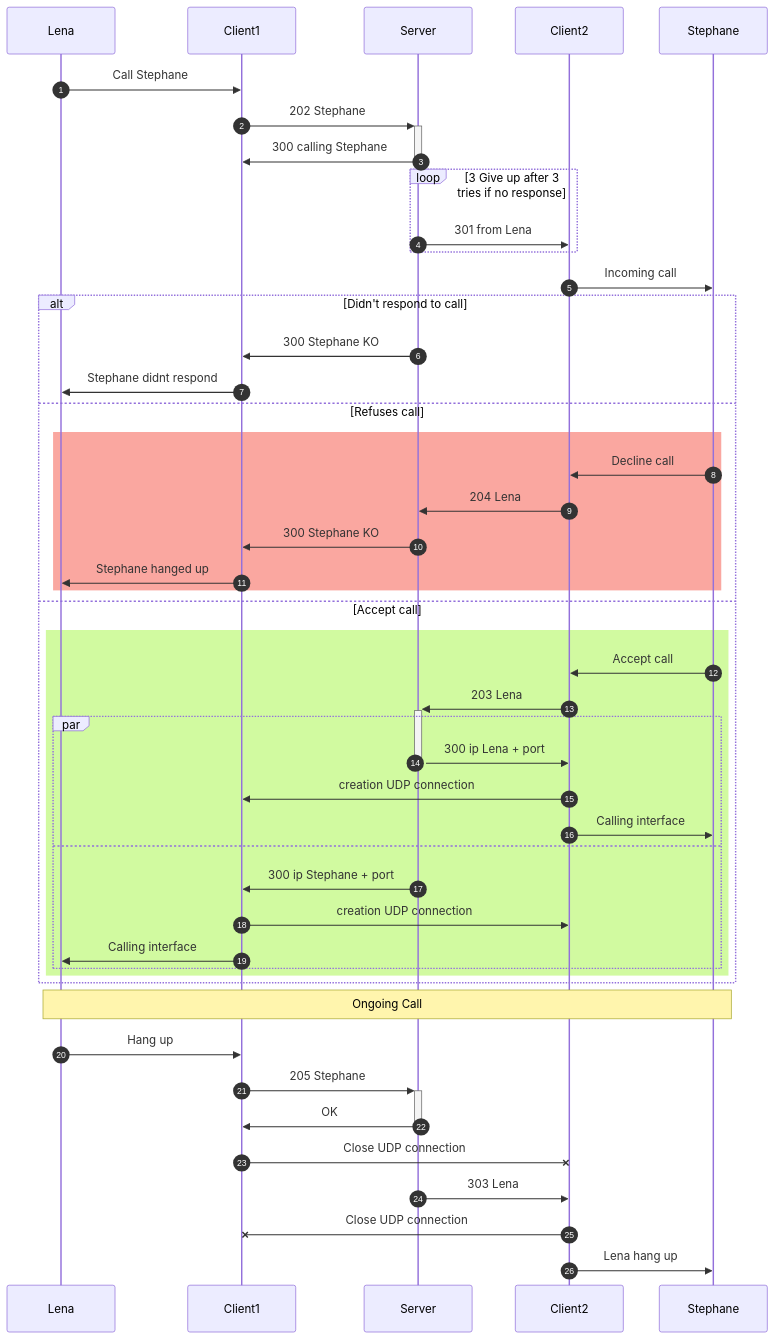
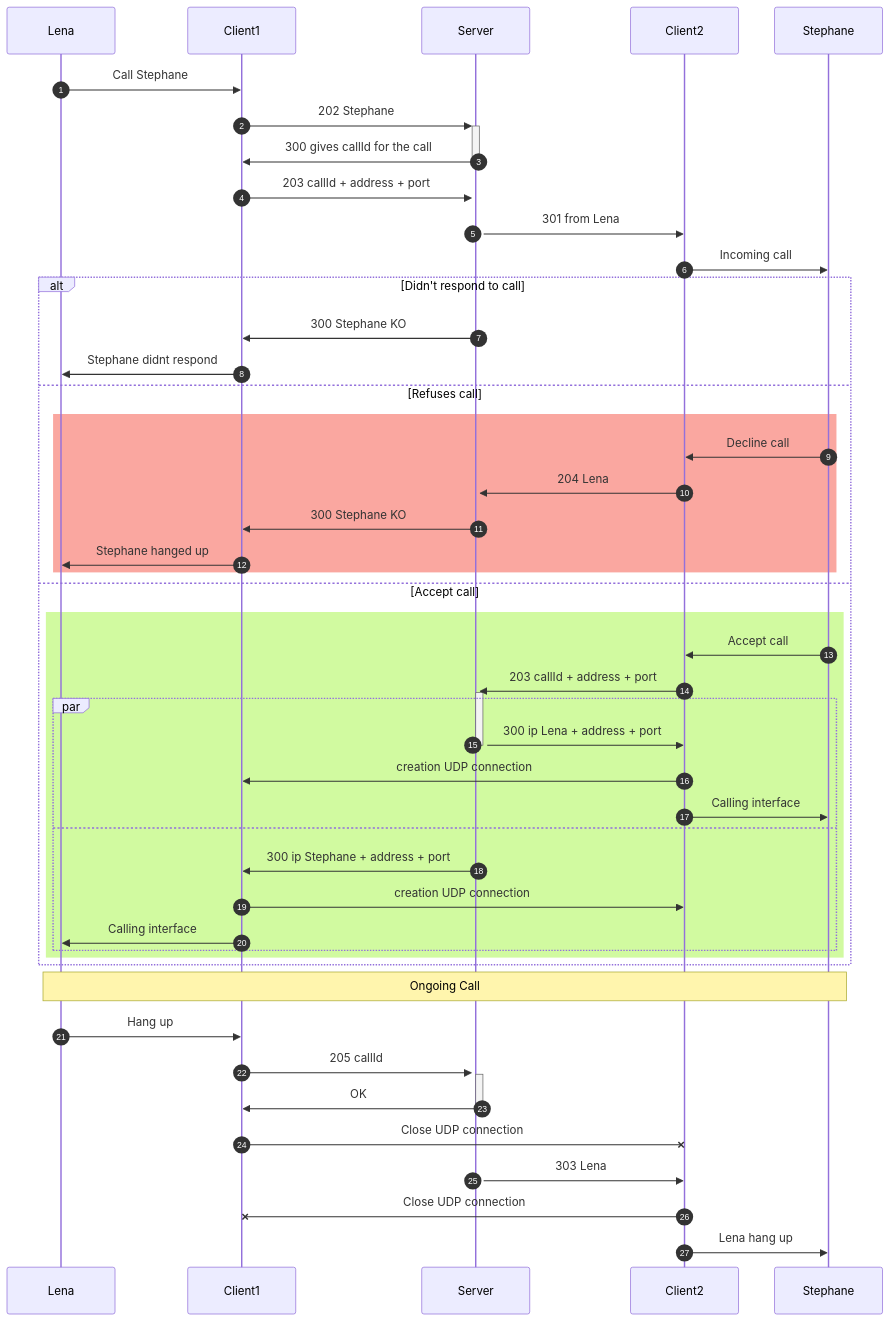
One commit to Octopus773/Babel changed the diagram in Documentation/uml_call.mmd. Above: the diagram before and after it, drawn with Mermaid. The commit also changed 2 other files, not shown here.

```diff
--- a/Documentation/uml_call.mmd
+++ b/Documentation/uml_call.mmd
@@ -1,53 +1,54 @@
 sequenceDiagram
     participant Lena
     participant Client1
     participant Server
     participant Client2
     participant Stephane
     autonumber
 
     Lena->>Client1: Call Stephane
     Client1->>+Server: 202 Stephane
-    Server->>-Client1: 300 calling Stephane
+    Server->>-Client1: 300 gives callId for the call
+
+    Client1->>+Server: 203 callId + address + port
 
 
-    loop 3 Give up after 3 tries if no response
-        Server->>Client2: 301 from Lena
-    end
+
+    Server->>Client2: 301 from Lena
     Client2->>Stephane: Incoming call
 
     alt Didn't respond to call
         Server->>Client1: 300 Stephane KO
         Client1->>Lena: Stephane didnt respond
     else Refuses call
         rect rgba(245, 81, 66, .5)
             Stephane->>Client2: Decline call
             Client2->>Server: 204 Lena
             Server->>Client1: 300 Stephane KO
             Client1->>Lena: Stephane hanged up
         end
     else Accept call
         rect rgba(164, 245, 66, .5)
             Stephane->>Client2: Accept call
-            Client2->>+Server: 203 Lena
+            Client2->>+Server: 203 callId + address + port
             par
-                Server->>-Client2: 300 ip Lena + port
+                Server->>-Client2: 300 ip Lena + address + port
                 Client2->>Client1: creation UDP connection
                 Client2->>Stephane: Calling interface
             and
-                Server->>Client1: 300 ip Stephane + port
+                Server->>Client1: 300 ip Stephane + address + port
                 Client1->>Client2: creation UDP connection
                 Client1->>Lena: Calling interface
             end
         end
     end
 
     Note over Lena, Stephane: Ongoing Call
 
     Lena->>Client1: Hang up
-    Client1->>+Server: 205 Stephane
+    Client1->>+Server: 205 callId
     Server->>-Client1: OK
     Client1-xClient2: Close UDP connection
     Server->>Client2: 303 Lena
     Client2-xClient1: Close UDP connection
     Client2->>Stephane: Lena hang up
```
